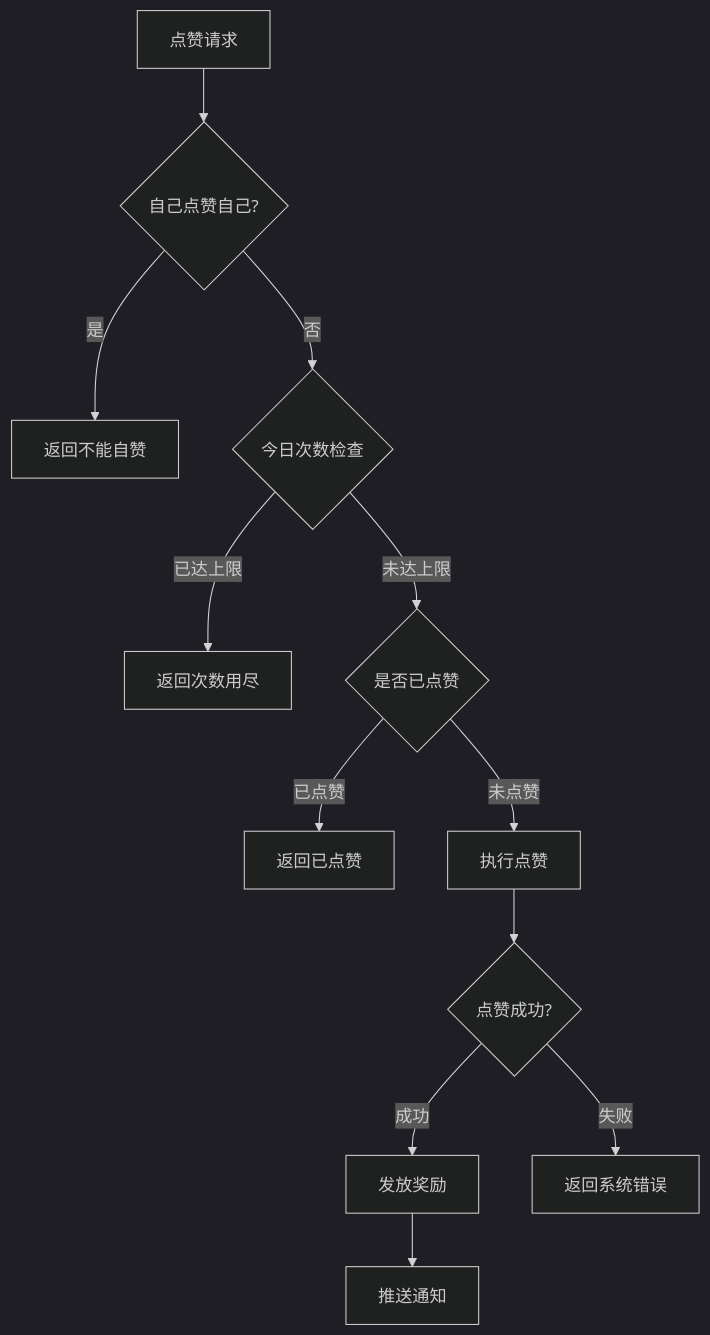
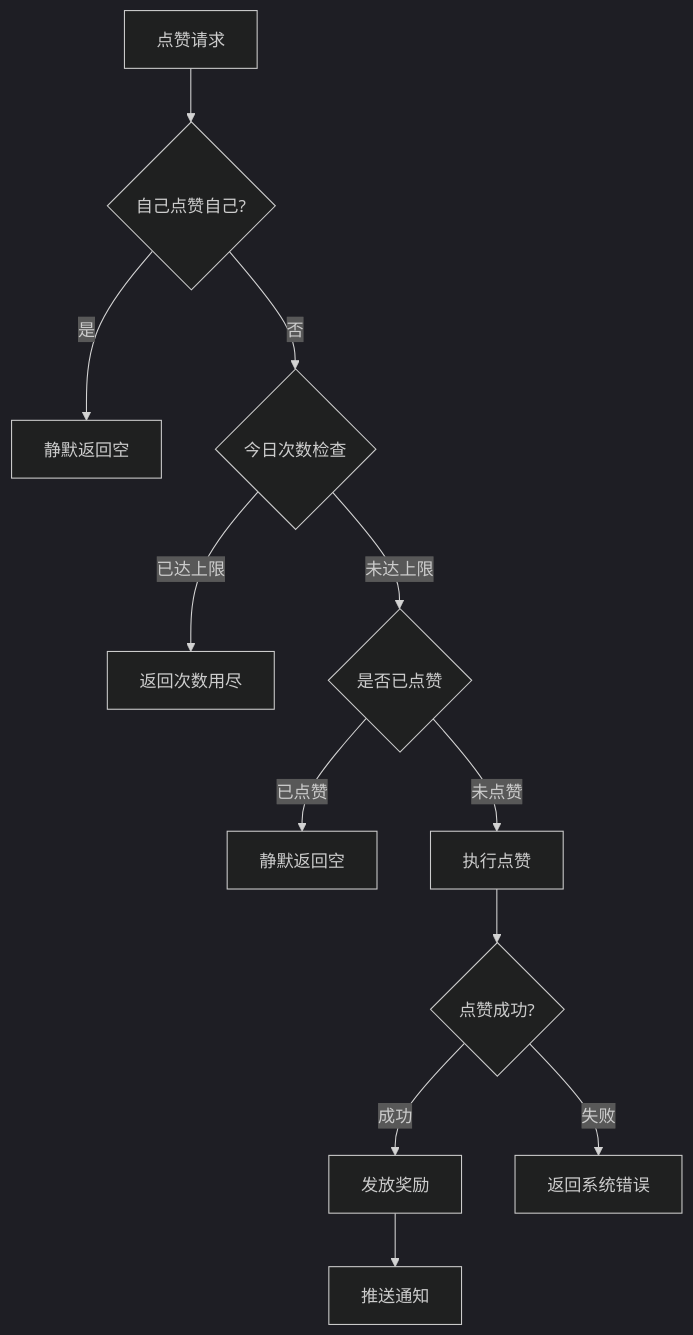
Before and after one commit to Alan-Ben/k2c_game_framework: the fourth of 5 diagrams in docs/Module_Rank/06_实现细节.md, drawn with Mermaid (dark theme). The commit also changed other lines of this file and 15 other files, not shown here.

````diff
--- a/docs/Module_Rank/06_实现细节.md
+++ b/docs/Module_Rank/06_实现细节.md
@@ -221,14 +224,14 @@
 ```mermaid
 flowchart TD
     A[点赞请求] --> B{自己点赞自己?}
-    B -->|是| C[返回不能自赞]
+    B -->|是| C[静默返回空]
     B -->|否| D{今日次数检查}
     D -->|已达上限| E[返回次数用尽]
     D -->|未达上限| F{是否已点赞}
-    F -->|已点赞| G[返回已点赞]
+    F -->|已点赞| G[静默返回空]
     F -->|未点赞| H[执行点赞]
     H --> I{点赞成功?}
     I -->|成功| J[发放奖励]
     I -->|失败| K[返回系统错误]
     J --> L[推送通知]
 ```
````
